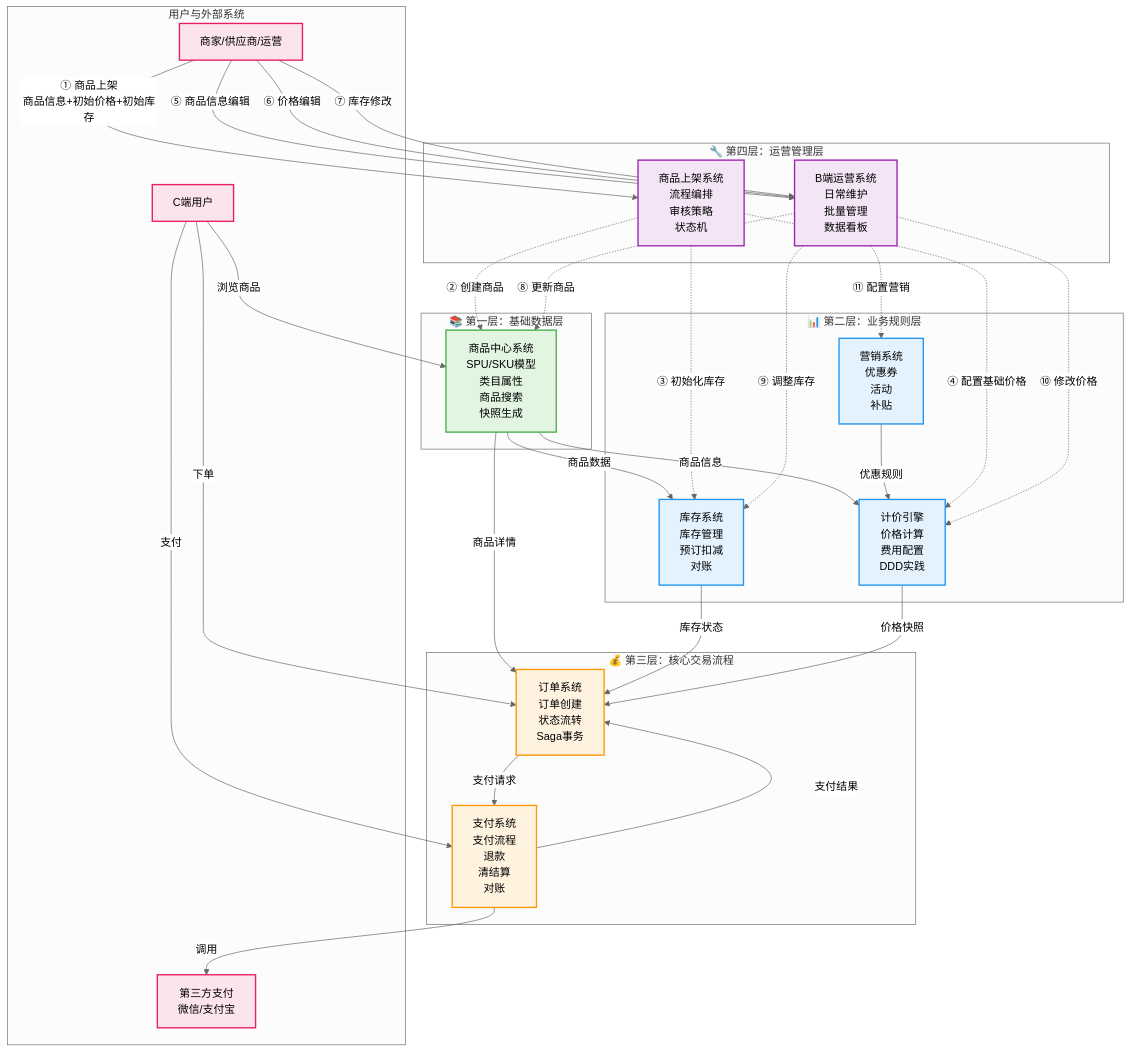
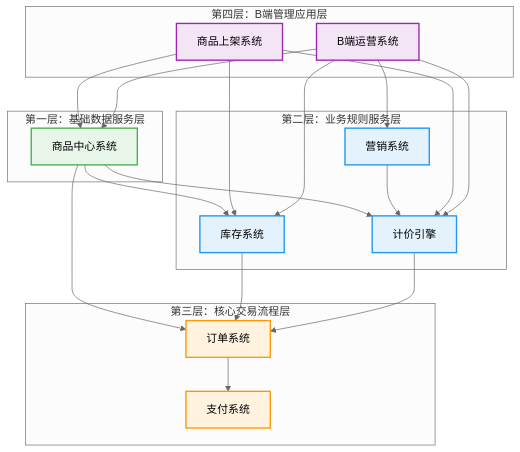
Before and after one commit to wxquare/wxquare.github.io: the second of 6 diagrams in source/_posts/system-design/20-ecommerce-overview.md, drawn with Mermaid (neutral theme). The commit also changed other lines of this file, not shown here.

First line of the commit message:
refactor: 采用EA+4A架构视角重构全景架构图

````diff
--- a/source/_posts/system-design/20-ecommerce-overview.md
+++ b/source/_posts/system-design/20-ecommerce-overview.md
@@ -45,72 +131,51 @@
 ```mermaid
 graph TB
-    subgraph Layer1[📚 第一层：基础数据层]
-        PC[商品中心系统<br/>SPU/SKU模型<br/>类目属性<br/>商品搜索<br/>快照生成]
+    subgraph Layer1[第一层：基础数据服务层]
+        PC[商品中心系统]
     end
     
-    subgraph Layer2[📊 第二层：业务规则层]
-        INV[库存系统<br/>库存管理<br/>预订扣减<br/>对账]
-        MKT[营销系统<br/>优惠券<br/>活动<br/>补贴]
-        PRICE[计价引擎<br/>价格计算<br/>费用配置<br/>DDD实践]
+    subgraph Layer2[第二层：业务规则服务层]
+        INV[库存系统]
+        MKT[营销系统]
+        PRICE[计价引擎]
     end
     
-    subgraph Layer3[💰 第三层：核心交易流程]
-        ORDER[订单系统<br/>订单创建<br/>状态流转<br/>Saga事务]
-        PAY[支付系统<br/>支付流程<br/>退款<br/>清结算<br/>对账]
+    subgraph Layer3[第三层：核心交易流程层]
+        ORDER[订单系统]
+        PAY[支付系统]
     end
     
-    subgraph Layer4[🔧 第四层：运营管理层]
-        LIST[商品上架系统<br/>流程编排<br/>审核策略<br/>状态机]
-        OPS[B端运营系统<br/>日常维护<br/>批量管理<br/>数据看板]
+    subgraph Layer4[第四层：B端管理应用层]
+        LIST[商品上架系统]
+        OPS[B端运营系统]
     end
     
-    subgraph External[用户与外部系统]
-        USER[C端用户]
-        MERCHANT[商家/供应商/运营]
-        THIRD[第三方支付<br/>微信/支付宝]
-    end
+    %% 依赖关系（自下而上）
+    PC --> INV
+    PC --> PRICE
+    PC --> ORDER
+    INV --> ORDER
+    MKT --> PRICE
+    PRICE --> ORDER
+    ORDER --> PAY
     
-    %% C端交易流程（蓝色实线）
-    PC -->|商品数据| INV
-    PC -->|商品信息| PRICE
-    PC -->|商品详情| ORDER
-    INV -->|库存状态| ORDER
-    MKT -->|优惠规则| PRICE
-    PRICE -->|价格快照| ORDER
-    ORDER -->|支付请求| PAY
-    PAY -->|支付结果| ORDER
+    LIST --> PC
+    LIST --> INV
+    LIST --> PRICE
     
-    %% B端供给阶段：商品上架（橙色虚线）
-    MERCHANT -->|① 商品上架<br/>商品信息+初始价格+初始库存| LIST
-    LIST -.->|② 创建商品| PC
-    LIST -.->|③ 初始化库存| INV
-    LIST -.->|④ 配置基础价格| PRICE
-    
-    %% B端管理阶段：日常维护（紫色虚线）
-    MERCHANT -->|⑤ 商品信息编辑| OPS
-    MERCHANT -->|⑥ 价格编辑| OPS
-    MERCHANT -->|⑦ 库存修改| OPS
-    OPS -.->|⑧ 更新商品| PC
-    OPS -.->|⑨ 调整库存| INV
-    OPS -.->|⑩ 修改价格| PRICE
-    OPS -.->|⑪ 配置营销| MKT
-    
-    %% C端用户交互
-    USER -->|浏览商品| PC
-    USER -->|下单| ORDER
-    USER -->|支付| PAY
-    PAY -->|调用| THIRD
+    OPS --> PC
+    OPS --> INV
+    OPS --> MKT
+    OPS --> PRICE
     
     %% 样式
-    classDef layer1 fill:#e1f5e1,stroke:#4caf50,stroke-width:2px
+    classDef layer1 fill:#e8f5e9,stroke:#4caf50,stroke-width:2px
     classDef layer2 fill:#e3f2fd,stroke:#2196f3,stroke-width:2px
     classDef layer3 fill:#fff3e0,stroke:#ff9800,stroke-width:2px
     classDef layer4 fill:#f3e5f5,stroke:#9c27b0,stroke-width:2px
-    classDef external fill:#fce4ec,stroke:#e91e63,stroke-width:2px
     
     class PC layer1
     class INV,MKT,PRICE layer2
     class ORDER,PAY layer3
     class LIST,OPS layer4
-    class USER,MERCHANT,THIRD external
 ```
````
